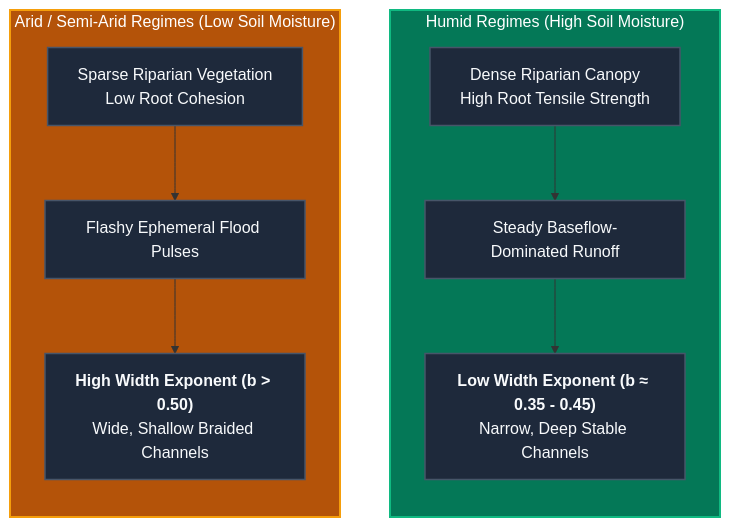
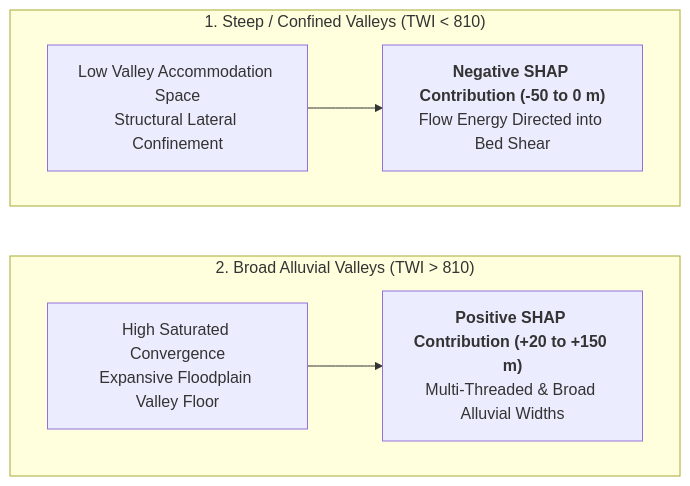
One commit to arashmodrad/ml_web changed the second of 3 diagrams in docs/v1.0/tw/xai.md. Above: the diagram before and after it, drawn with Mermaid. The commit also changed other lines of this file and 40 other files, not shown here.

````diff
--- a/docs/v1.0/tw/xai.md
+++ b/docs/v1.0/tw/xai.md
@@ -85,26 +100,23 @@
 ```mermaid
-flowchart LR
-    subgraph ARID ["Arid / Semi-Arid Regimes (Low Soil Moisture)"]
-        direction TB
-        A1["Sparse Riparian Vegetation<br/>Low Root Cohesion"]
-        A2["Flashy Ephemeral Flood Pulses"]
-        A3["<b>High Width Exponent (b &gt; 0.50)</b><br/>Wide, Shallow Braided Channels"]
-        A1 --> A2 --> A3
+flowchart TD
+    subgraph CONFINED ["1. Steep / Confined Valleys (TWI < 810)"]
+        C1["Low Valley Accommodation Space<br/>Structural Lateral Confinement"]
+        C2["<b>Negative SHAP Contribution (-50 to 0 m)</b><br/>Flow Energy Directed into Bed Shear"]
+        C1 --> C2
     end
 
-    subgraph HUMID ["Humid Regimes (High Soil Moisture)"]
-        direction TB
-        H1["Dense Riparian Canopy<br/>High Root Tensile Strength"]
-        H2["Steady Baseflow-Dominated Runoff"]
-        H3["<b>Low Width Exponent (b &approx; 0.35 - 0.45)</b><br/>Narrow, Deep Stable Channels"]
-        H1 --> H2 --> H3
+    subgraph UNCONFINED ["2. Broad Alluvial Valleys (TWI > 810)"]
+        U1["High Saturated Convergence<br/>Expansive Floodplain Valley Floor"]
+        U2["<b>Positive SHAP Contribution (+20 to +150 m)</b><br/>Multi-Threaded & Broad Alluvial Widths"]
+        U1 --> U2
     end
 
-    ARID ~~~ HUMID
+    CONFINED ~~~ UNCONFINED
 
-    classDef default fill:#1e293b,stroke:#475569,stroke-width:1.5px,color:#f8fafc;
-    classDef arid fill:#b45309,stroke:#f59e0b,stroke-width:2px,color:#ffffff;
-    classDef humid fill:#047857,stroke:#10b981,stroke-width:2px,color:#ffffff;
-    class ARID arid;
-    class HUMID humid;
+    class CONFINED highlight-blue;
+    class UNCONFINED highlight-teal;
+    class C1 highlight-blue;
+    class C2 highlight-blue;
+    class U1 highlight-teal;
+    class U2 highlight-teal;
 ```
````
